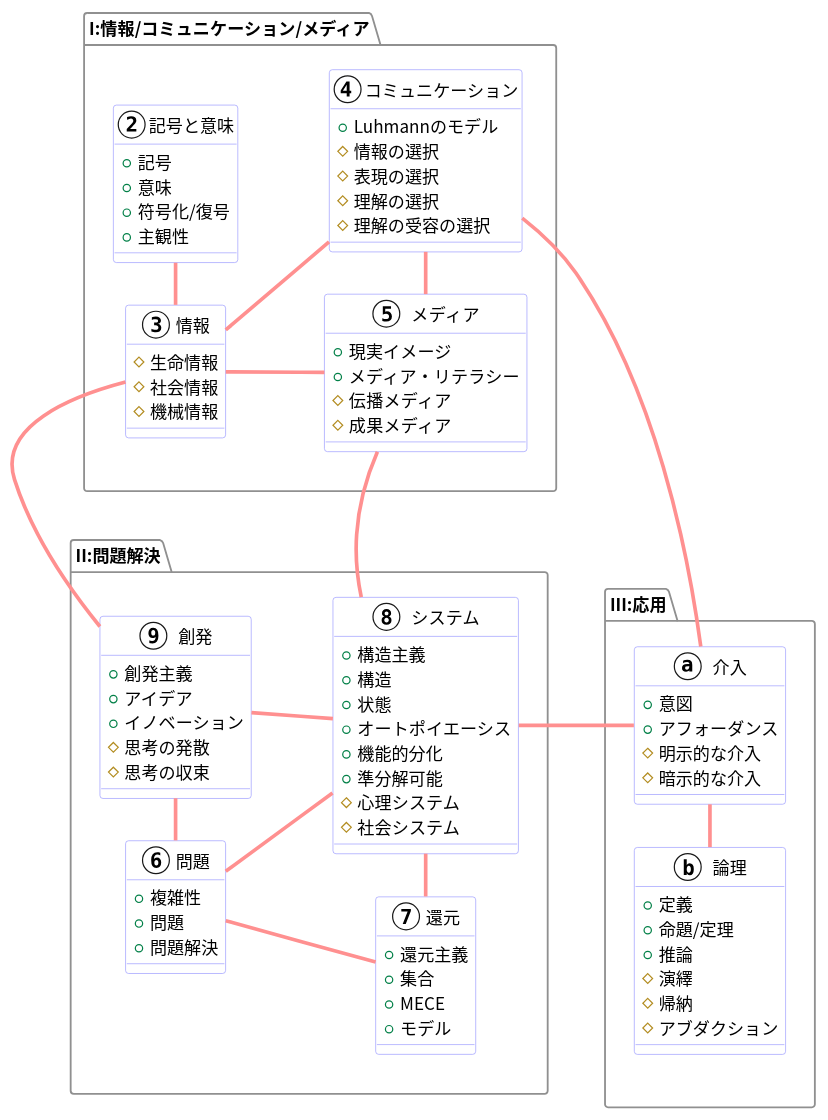
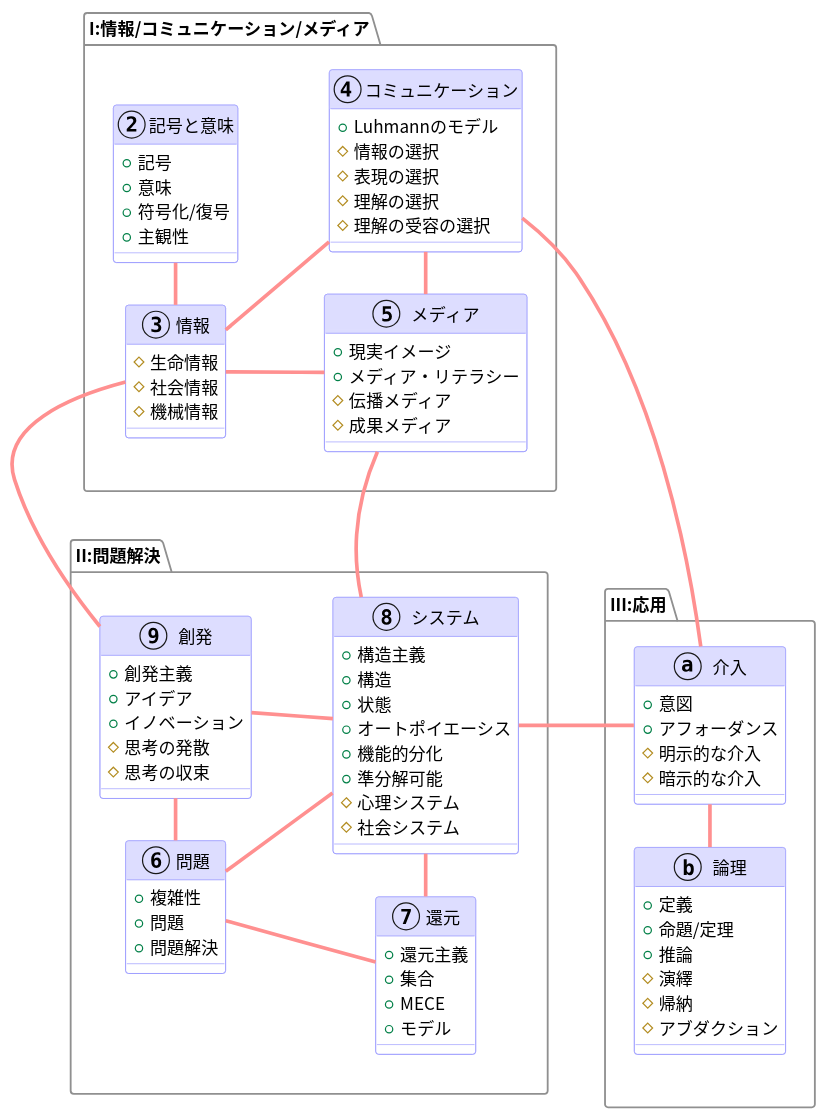
One commit to saireya/information-and-system changed the diagram in image/package.puml. Above: the diagram before and after it, drawn with PlantUML. The commit also changed 1 other file, not shown here.

Commit message:
Changed bgcolor to transparent

```diff
--- a/image/package.puml
+++ b/image/package.puml
@@ -1,103 +1,104 @@
 @startuml package
 left to right direction
 
 skinparam Shadowing false
 skinparam PackageBorderColor #909090
 skinparam ClassBorderColor #9090ff
 skinparam ClassBackgroundColor transparent
+skinparam ClassHeaderBackgroundColor #ddddff
 skinparam ArrowColor #ff9090
 skinparam ArrowThickness 3
 skinparam DefaultFontName "Noto Sans CJK JP"
 
 package I:情報/コミュニケーション/メディア as I {
-	class 記号と意味 <<(2,white)>> {
+	class 記号と意味 <<(2,transparent)>> {
 		+記号
 		+意味
 		+符号化/復号
 		+主観性
 	}
-	class 情報 <<(3,white)>> {
+	class 情報 <<(3,transparent)>> {
 		#生命情報
 		#社会情報
 		#機械情報
 	}
-	class コミュニケーション <<(4,white)>> {
+	class コミュニケーション <<(4,transparent)>> {
 		+Luhmannのモデル
 		#情報の選択
 		#表現の選択
 		#理解の選択
 		#理解の受容の選択
 	}
-	class メディア <<(5,white)>> {
+	class メディア <<(5,transparent)>> {
 		+現実イメージ
 		+メディア・リテラシー
 		#伝播メディア
 		#成果メディア
 	}
 
 	記号と意味-left-情報
 	情報-コミュニケーション
 	情報-down-メディア
 	コミュニケーション-left-メディア
 }
 
 package II:問題解決 as II {
-	class 問題 <<(6,white)>> {
+	class 問題 <<(6,transparent)>> {
 		+複雑性
 		+問題
 		+問題解決
 	}
-	class 還元 <<(7,white)>> {
+	class 還元 <<(7,transparent)>> {
 		+還元主義
 		+集合
 		+MECE
 		+モデル
 	}
-	class システム <<(8,white)>> {
+	class システム <<(8,transparent)>> {
 		+構造主義
 		+構造
 		+状態
 		+オートポイエーシス
 		+機能的分化
 		+準分解可能
 		#心理システム
 		#社会システム
 	}
-	class 創発 <<(9,white)>> {
+	class 創発 <<(9,transparent)>> {
 		+創発主義
 		+アイデア
 		+イノベーション
 		#思考の発散
 		#思考の収束
 	}
 	問題-right-還元
 	問題-right-システム
 	問題-right-創発
 	創発-down-システム
 	システム-left-還元
 	情報-left-創発
 	メディア-システム
 }
 
 package III:応用 as III {
-	class 介入 <<(a,white)>> {
+	class 介入 <<(a,transparent)>> {
 		+意図
 		+アフォーダンス
 		#明示的な介入
 		#暗示的な介入
 	}
-	class 論理 <<(b,white)>> {
+	class 論理 <<(b,transparent)>> {
 		+定義
 		+命題/定理
 		+推論
 		#演繹
 		#帰納
 		#アブダクション
 	}
 	介入-left-論理
 	コミュニケーション-down-介入
 	システム-down-介入
 }
 I-left[hidden]-II
 II-down[hidden]-III
 @enduml
```
